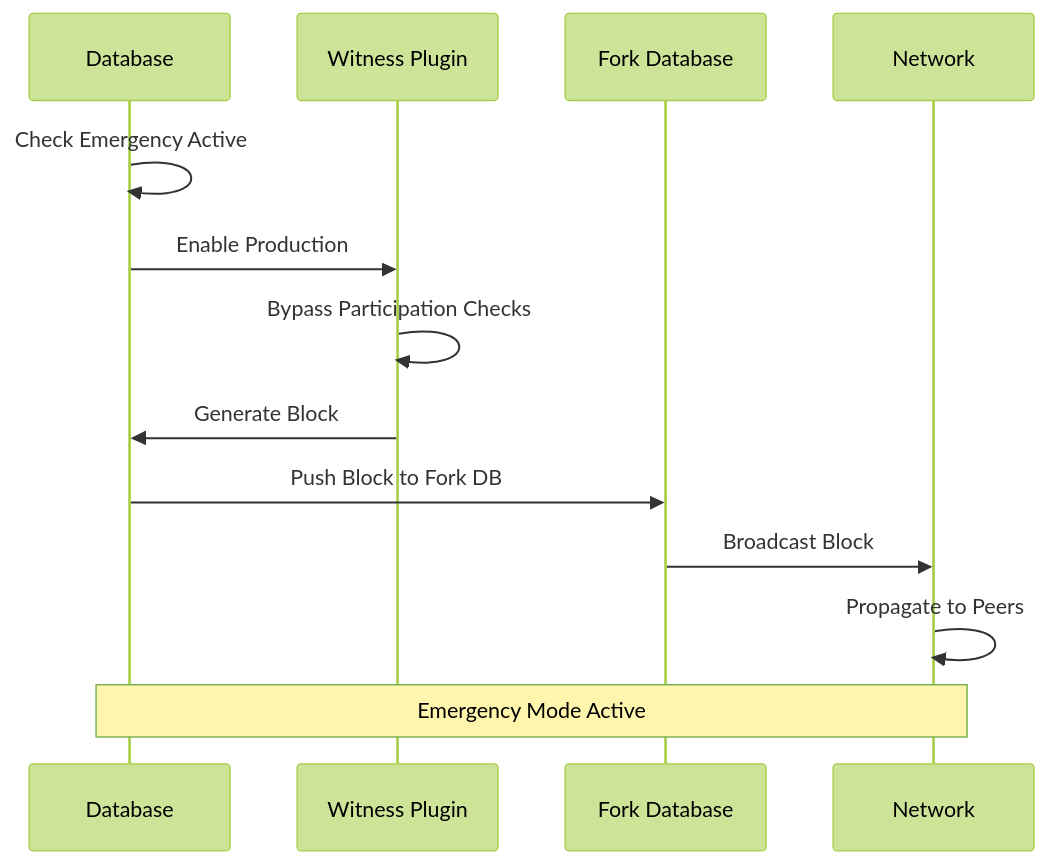
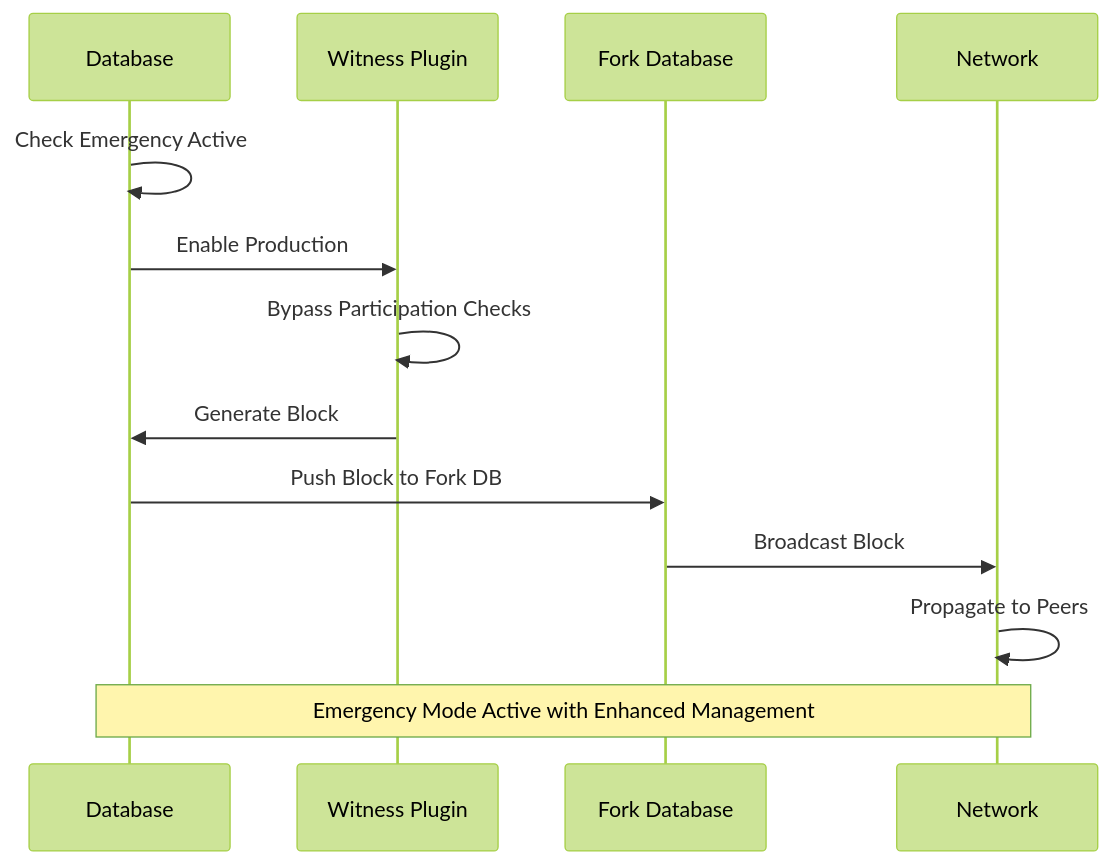
Before and after one commit to VIZ-Blockchain/viz-cpp-node: the fifth of 8 diagrams in .qoder/repowiki/en/content/Core Libraries/Emergency Consensus System.md, drawn with Mermaid (forest theme). The commit also changed other lines of this file and 3 other files, not shown here.

````diff
--- a/.qoder/repowiki/en/content/Core Libraries/Emergency Consensus System.md
+++ b/.qoder/repowiki/en/content/Core Libraries/Emergency Consensus System.md
@@ -265,15 +289,15 @@
 ```mermaid
 sequenceDiagram
 participant DB as Database
 participant WC as Witness Plugin
 participant FD as Fork Database
 participant NW as Network
 DB->>DB : Check Emergency Active
 DB->>WC : Enable Production
 WC->>WC : Bypass Participation Checks
 WC->>DB : Generate Block
 DB->>FD : Push Block to Fork DB
 FD->>NW : Broadcast Block
 NW->>NW : Propagate to Peers
-Note over DB,NW : Emergency Mode Active
+Note over DB,NW : Emergency Mode Active with Enhanced Management
 ```
````
